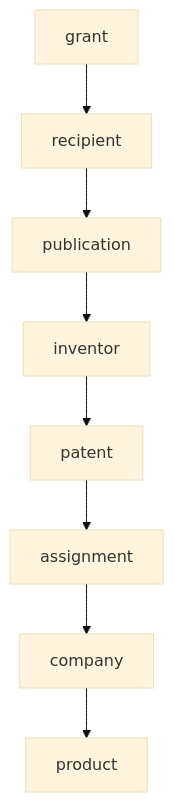
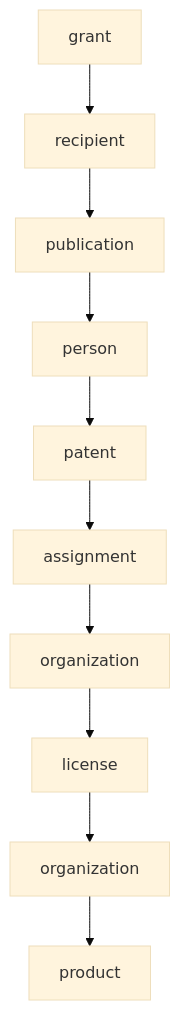
One commit to bmsull560/public-innovation-provenance-skill changed the diagram in assets/provenance-report.md. Above: the diagram before and after it, drawn with Mermaid (base theme). The commit also changed 89 other files, not shown here.

````diff
--- a/assets/provenance-report.md
+++ b/assets/provenance-report.md
@@ -18,10 +18,12 @@
 ```mermaid
 flowchart TB
   G[grant] --> R[recipient]
   R --> P[publication]
-  P --> I[inventor]
-  I --> T[patent]
+  P --> N[person]
+  N --> T[patent]
   T --> A[assignment]
-  A --> C[company]
+  A --> O[organization]
+  O --> L[license]
+  L --> C[organization]
   C --> D[product]
 ```
````
